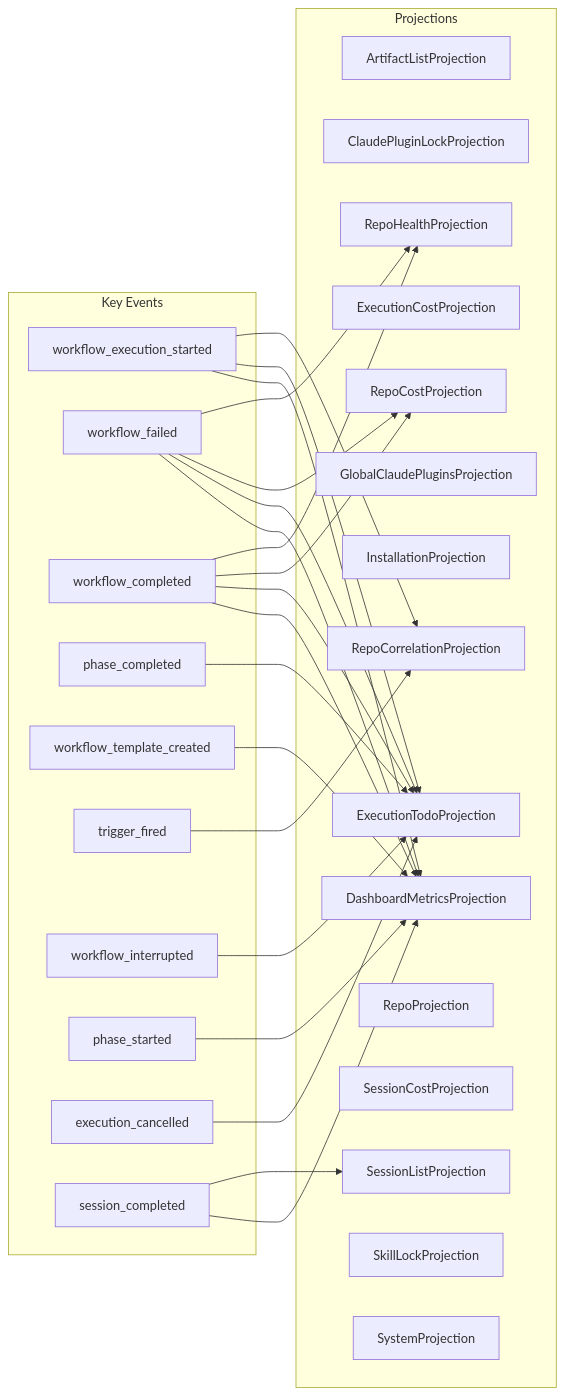
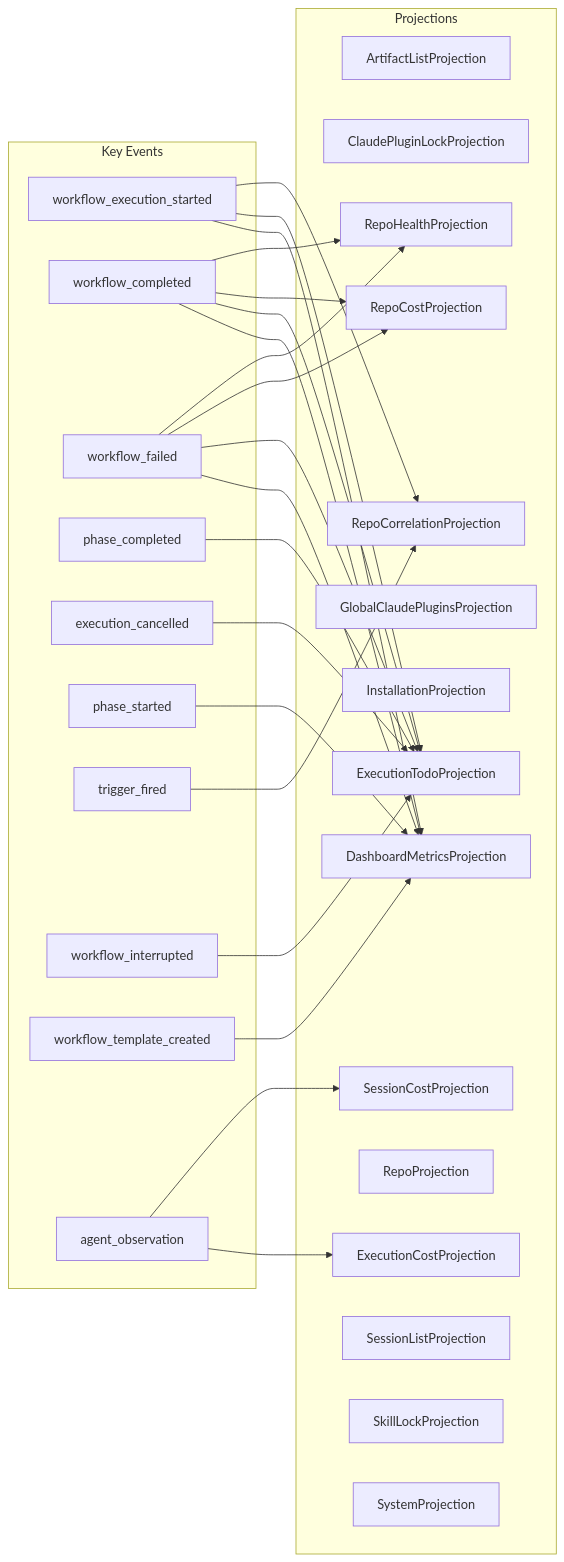
The diagram in docs/architecture/projection-subscriptions.md (syntropic137/syntropic137), drawn with Mermaid before and after one commit. The commit also changed other lines of this file and 2 other files, not shown here.

````diff
--- a/docs/architecture/projection-subscriptions.md
+++ b/docs/architecture/projection-subscriptions.md
@@ -15,53 +15,53 @@
 ```mermaid
 graph LR
     subgraph events["Key Events"]
         e1[workflow_execution_started]
-        e2[workflow_failed]
-        e3[workflow_completed]
+        e2[workflow_completed]
+        e3[workflow_failed]
         e4[phase_completed]
-        e5[workflow_template_created]
-        e6[trigger_fired]
-        e7[workflow_interrupted]
-        e8[phase_started]
-        e9[execution_cancelled]
-        e10[session_completed]
+        e5[execution_cancelled]
+        e6[phase_started]
+        e7[trigger_fired]
+        e8[workflow_interrupted]
+        e9[workflow_template_created]
+        e10[agent_observation]
     end
 
     subgraph projections["Projections"]
         p1[ArtifactListProjection]
         p2[ClaudePluginLockProjection]
         p3[DashboardMetricsProjection]
         p4[ExecutionCostProjection]
         p5[ExecutionTodoProjection]
         p6[GlobalClaudePluginsProjection]
         p7[InstallationProjection]
         p8[RepoCorrelationProjection]
         p9[RepoCostProjection]
         p10[RepoHealthProjection]
         p11[RepoProjection]
         p12[SessionCostProjection]
         p13[SessionListProjection]
         p14[SkillLockProjection]
         p15[SystemProjection]
     end
 
-    e5 --> p3
-    e10 --> p13
-    e10 --> p3
-    e6 --> p8
     e1 --> p8
     e1 --> p5
     e1 --> p3
+    e10 --> p12
+    e10 --> p4
+    e8 --> p5
+    e5 --> p5
+    e3 --> p10
+    e3 --> p9
+    e3 --> p5
+    e3 --> p3
+    e7 --> p8
+    e9 --> p3
+    e4 --> p5
     e2 --> p10
     e2 --> p9
     e2 --> p5
     e2 --> p3
-    e7 --> p5
-    e3 --> p10
-    e3 --> p9
-    e3 --> p5
-    e3 --> p3
-    e8 --> p3
-    e9 --> p5
-    e4 --> p5
+    e6 --> p3
 ```
````
